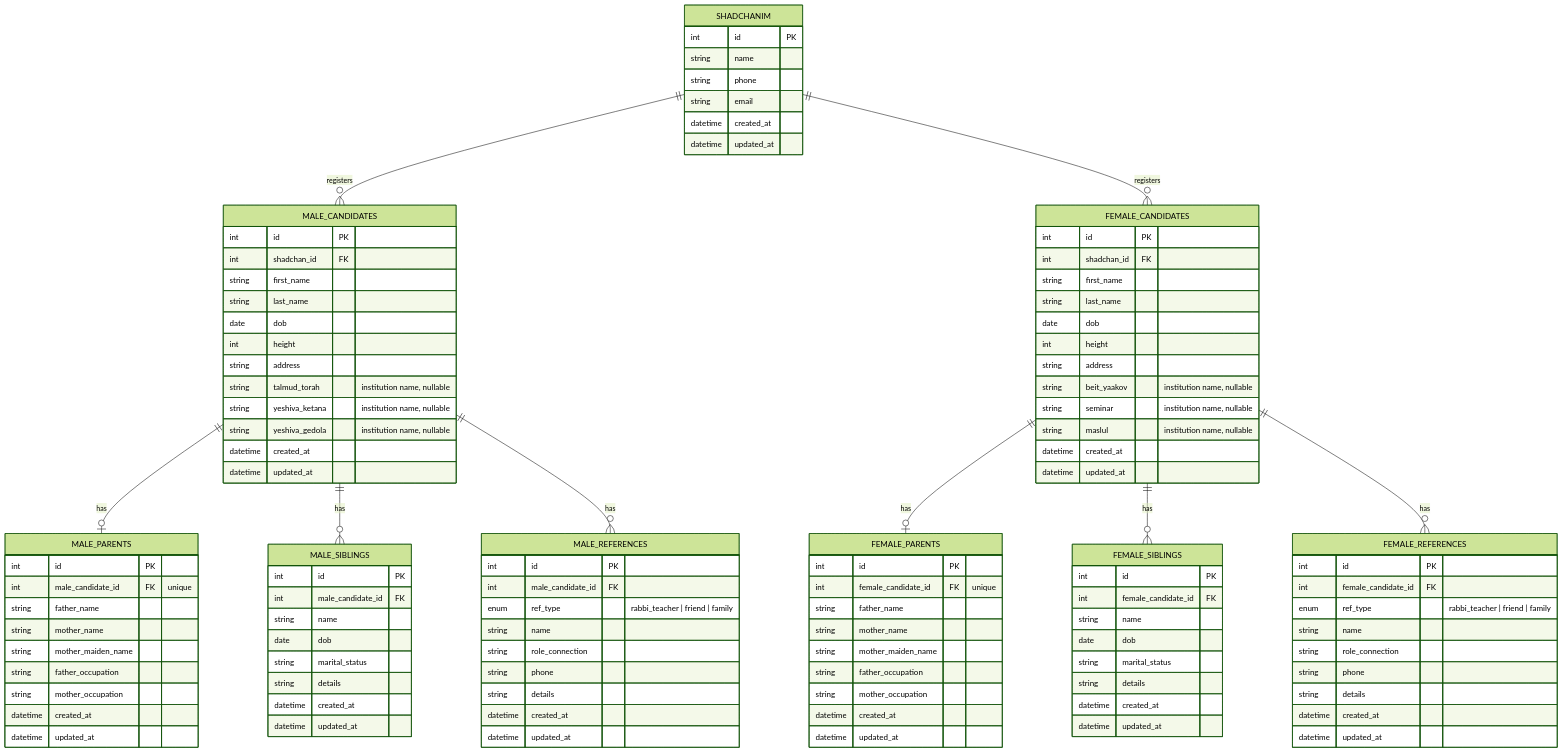
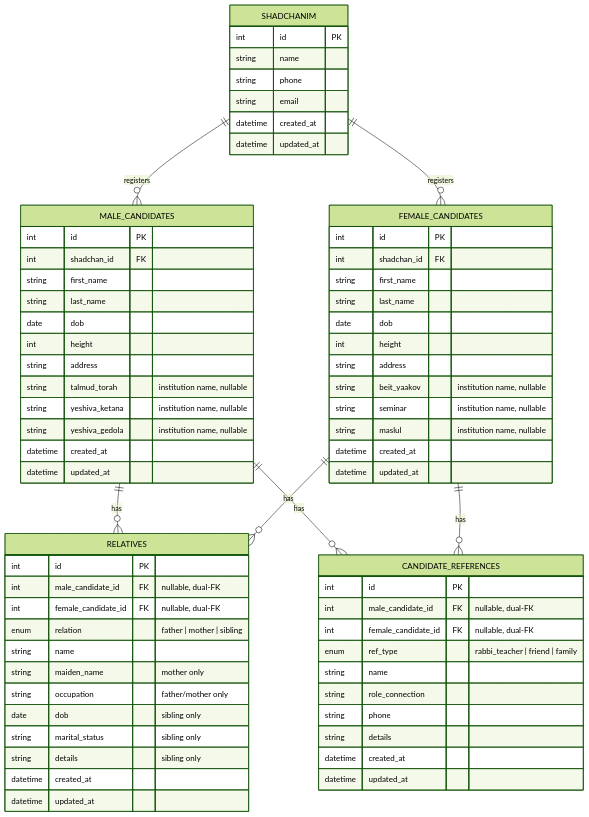
The diagram in docs/ARCHITECTURE.md (mordechaisav/make-match-server), drawn with Mermaid (forest theme) before and after one commit. The commit also changed other lines of this file and 13 other files, not shown here.

First line of the commit message:
Merge parents+siblings into a unified relatives table, unify references

```diff
--- a/docs/ARCHITECTURE.md
+++ b/docs/ARCHITECTURE.md
@@ -48,13 +68,11 @@
     SHADCHANIM ||--o{ MALE_CANDIDATES : registers
     SHADCHANIM ||--o{ FEMALE_CANDIDATES : registers
 
-    MALE_CANDIDATES ||--o| MALE_PARENTS : has
-    MALE_CANDIDATES ||--o{ MALE_SIBLINGS : has
-    MALE_CANDIDATES ||--o{ MALE_REFERENCES : has
+    MALE_CANDIDATES ||--o{ RELATIVES : has
+    FEMALE_CANDIDATES ||--o{ RELATIVES : has
 
-    FEMALE_CANDIDATES ||--o| FEMALE_PARENTS : has
-    FEMALE_CANDIDATES ||--o{ FEMALE_SIBLINGS : has
-    FEMALE_CANDIDATES ||--o{ FEMALE_REFERENCES : has
+    MALE_CANDIDATES ||--o{ CANDIDATE_REFERENCES : has
+    FEMALE_CANDIDATES ||--o{ CANDIDATE_REFERENCES : has
 
     SHADCHANIM {
         int id PK
@@ -92,62 +110,24 @@
         datetime created_at
         datetime updated_at
     }
-    MALE_PARENTS {
+    RELATIVES {
         int id PK
-        int male_candidate_id FK "unique"
-        string father_name
-        string mother_name
-        string mother_maiden_name
-        string father_occupation
-        string mother_occupation
+        int male_candidate_id FK "nullable, dual-FK"
+        int female_candidate_id FK "nullable, dual-FK"
+        enum relation "father | mother | sibling"
+        string name
+        string maiden_name "mother only"
+        string occupation "father/mother only"
+        date dob "sibling only"
+        string marital_status "sibling only"
+        string details "sibling only"
         datetime created_at
         datetime updated_at
     }
-    FEMALE_PARENTS {
+    CANDIDATE_REFERENCES {
         int id PK
-        int female_candidate_id FK "unique"
-        string father_name
-        string mother_name
-        string mother_maiden_name
-        string father_occupation
-        string mother_occupation
-        datetime created_at
-        datetime updated_at
-    }
-    MALE_SIBLINGS {
-        int id PK
-        int male_candidate_id FK
-        string name
-        date dob
-        string marital_status
-        string details
-        datetime created_at
-        datetime updated_at
-    }
-    FEMALE_SIBLINGS {
-        int id PK
-        int female_candidate_id FK
-        string name
-        date dob
-        string marital_status
-        string details
-        datetime created_at
-        datetime updated_at
-    }
-    MALE_REFERENCES {
-        int id PK
-        int male_candidate_id FK
-        enum ref_type "rabbi_teacher | friend | family"
-        string name
-        string role_connection
-        string phone
-        string details
-        datetime created_at
-        datetime updated_at
-    }
-    FEMALE_REFERENCES {
-        int id PK
-        int female_candidate_id FK
+        int male_candidate_id FK "nullable, dual-FK"
+        int female_candidate_id FK "nullable, dual-FK"
         enum ref_type "rabbi_teacher | friend | family"
         string name
         string role_connection
```
